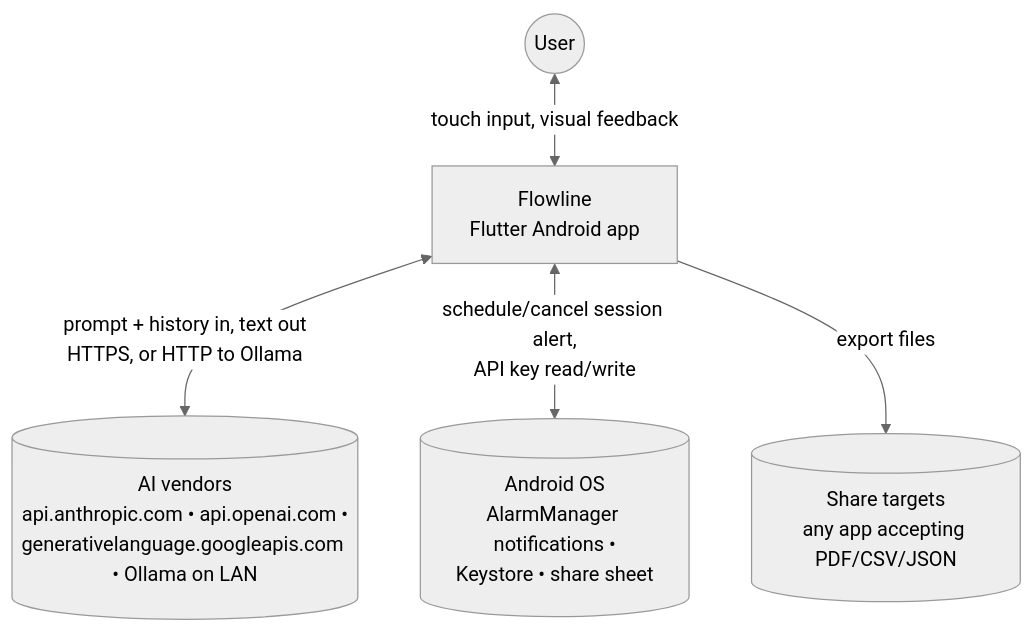
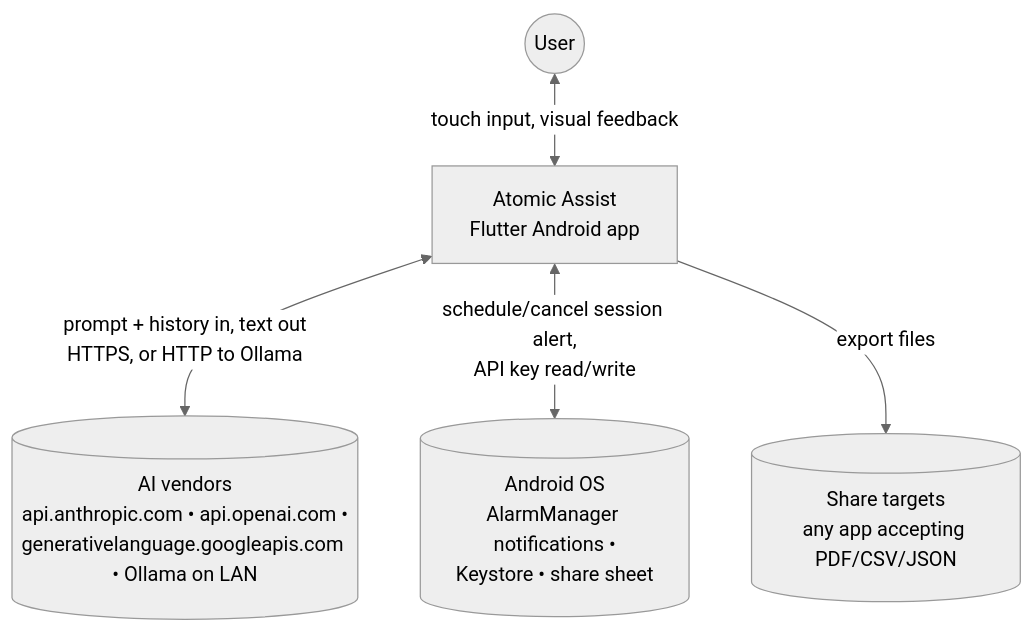
Before and after one commit to DevBehindYou/FLOWLINE: the third of 12 diagrams in PROJECT_OVERVIEW.md, drawn with Mermaid (neutral theme). The commit also changed other lines of this file and 107 other files, not shown here.

First line of the commit message:
chore(brand): rename Flowline to Atomic Assist (AA), with new package and app ids

````diff
--- a/PROJECT_OVERVIEW.md
+++ b/PROJECT_OVERVIEW.md
@@ -278,13 +278,13 @@
 ```mermaid
 flowchart TB
     User((User))
-    App["Flowline<br/>Flutter Android app"]
+    App["Atomic Assist<br/>Flutter Android app"]
     AI[("AI vendors<br/>api.anthropic.com • api.openai.com •<br/>generativelanguage.googleapis.com • Ollama on LAN")]
     OS[("Android OS<br/>AlarmManager notifications •<br/>Keystore • share sheet")]
     Share[("Share targets<br/>any app accepting PDF/CSV/JSON")]
 
     User <-->|touch input, visual feedback| App
     App <-->|prompt + history in, text out<br/>HTTPS, or HTTP to Ollama| AI
     App <-->|schedule/cancel session alert,<br/>API key read/write| OS
     App -->|export files| Share
 ```
````
